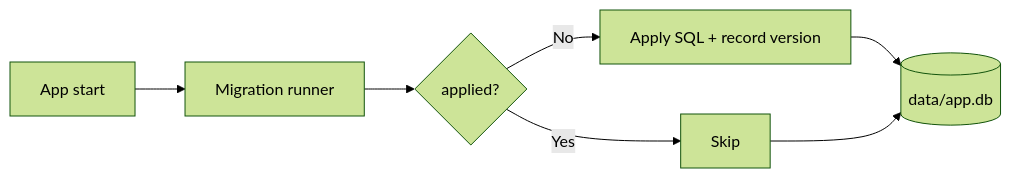
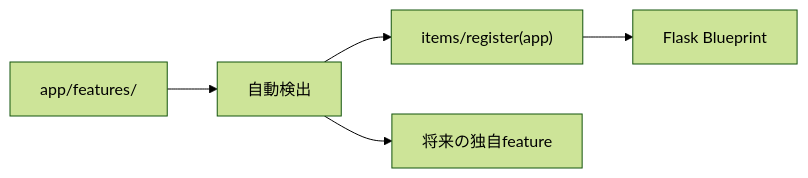
One commit to k-systems202208/python-sqlite-tailscale-webapp-template changed the third of 6 diagrams in README.md. Above: the diagram before and after it, drawn with Mermaid (forest theme). The commit also changed other lines of this file and 26 other files, not shown here.

````diff
--- a/README.md
+++ b/README.md
@@ -133,9 +131,7 @@
 ```mermaid
 flowchart LR
-    S["App start"] --> M["Migration runner"]
-    M --> C{"applied?"}
-    C -->|"No"| A["Apply SQL + record version"]
-    C -->|"Yes"| N["Skip"]
-    A --> DB[("data/app.db")]
-    N --> DB
+    A["app/features/"] --> D["自動検出"]
+    D --> I["items/register(app)"]
+    D --> X["将来の独自feature"]
+    I --> F["Flask Blueprint"]
 ```
````
